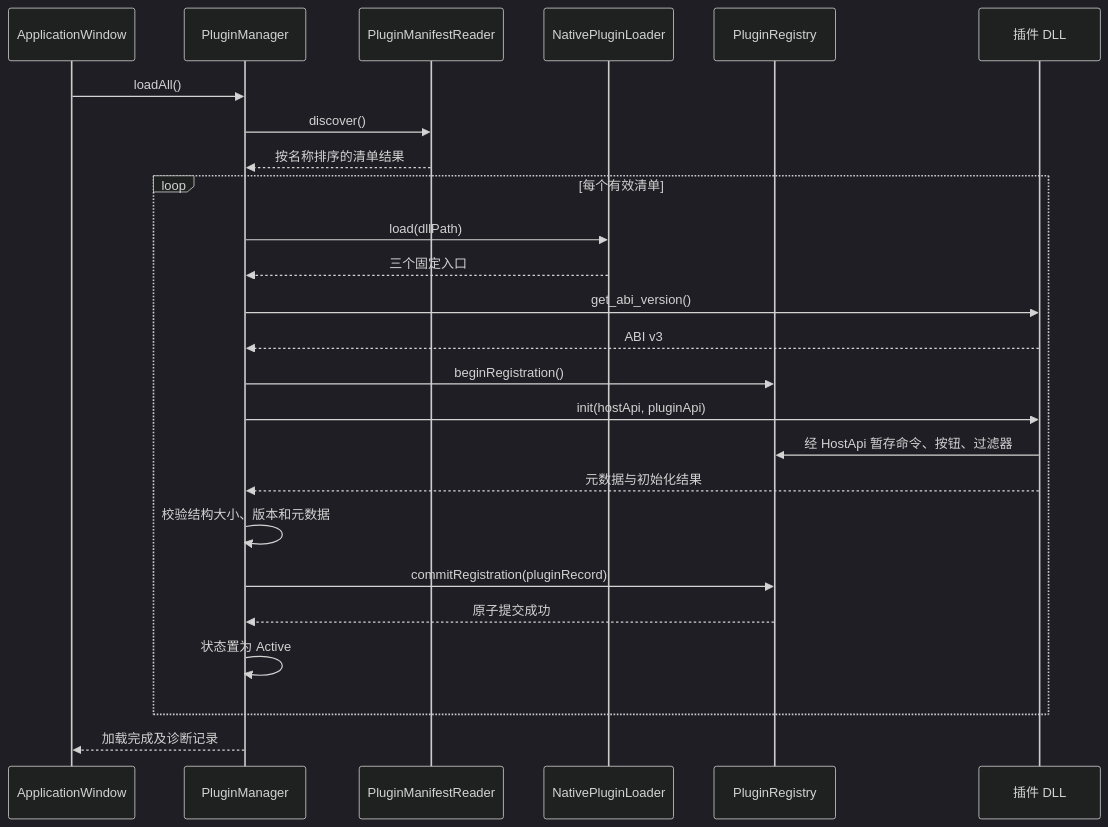
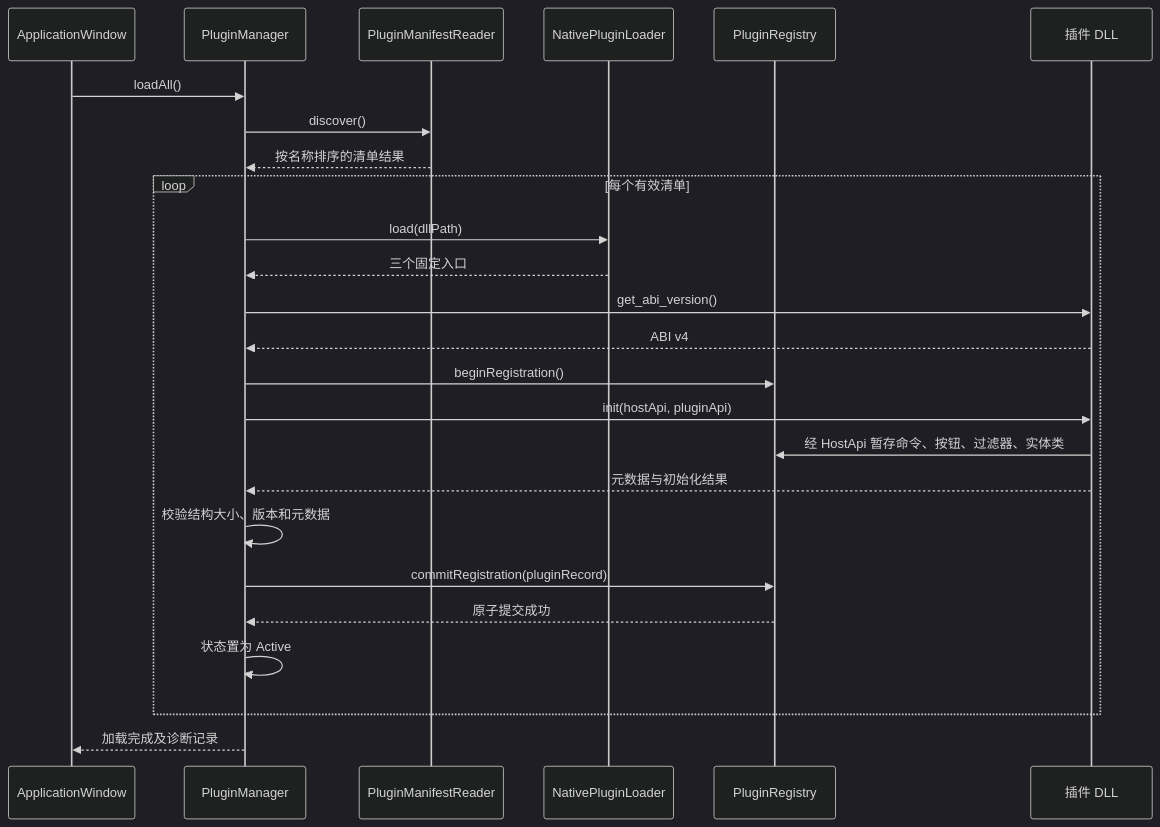
The second of 3 diagrams in doc/PLUGIN_SYSTEM_ARCHITECTURE.md (chicai-18/YiCAD), drawn with Mermaid (dark theme) before and after one commit. The commit also changed other lines of this file and 63 other files, not shown here.

````diff
--- a/doc/PLUGIN_SYSTEM_ARCHITECTURE.md
+++ b/doc/PLUGIN_SYSTEM_ARCHITECTURE.md
@@ -159,28 +163,28 @@
 ```mermaid
 sequenceDiagram
     participant App as ApplicationWindow
     participant Manager as PluginManager
     participant Reader as PluginManifestReader
     participant Loader as NativePluginLoader
     participant Registry as PluginRegistry
     participant Plugin as 插件 DLL
 
     App->>Manager: loadAll()
     Manager->>Reader: discover()
     Reader-->>Manager: 按名称排序的清单结果
     loop 每个有效清单
         Manager->>Loader: load(dllPath)
         Loader-->>Manager: 三个固定入口
         Manager->>Plugin: get_abi_version()
-        Plugin-->>Manager: ABI v3
+        Plugin-->>Manager: ABI v4
         Manager->>Registry: beginRegistration()
         Manager->>Plugin: init(hostApi, pluginApi)
-        Plugin->>Registry: 经 HostApi 暂存命令、按钮、过滤器
+        Plugin->>Registry: 经 HostApi 暂存命令、按钮、过滤器、实体类
         Plugin-->>Manager: 元数据与初始化结果
         Manager->>Manager: 校验结构大小、版本和元数据
         Manager->>Registry: commitRegistration(pluginRecord)
         Registry-->>Manager: 原子提交成功
         Manager->>Manager: 状态置为 Active
     end
     Manager-->>App: 加载完成及诊断记录
 ```
````
